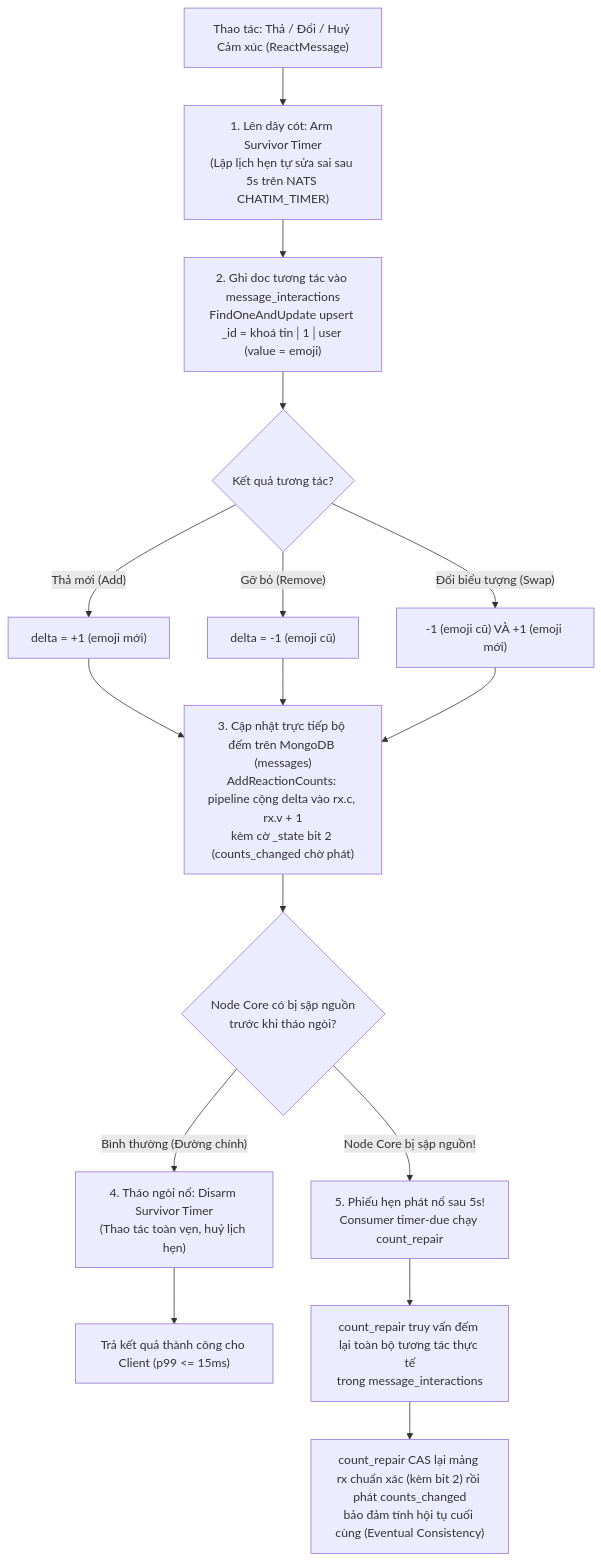
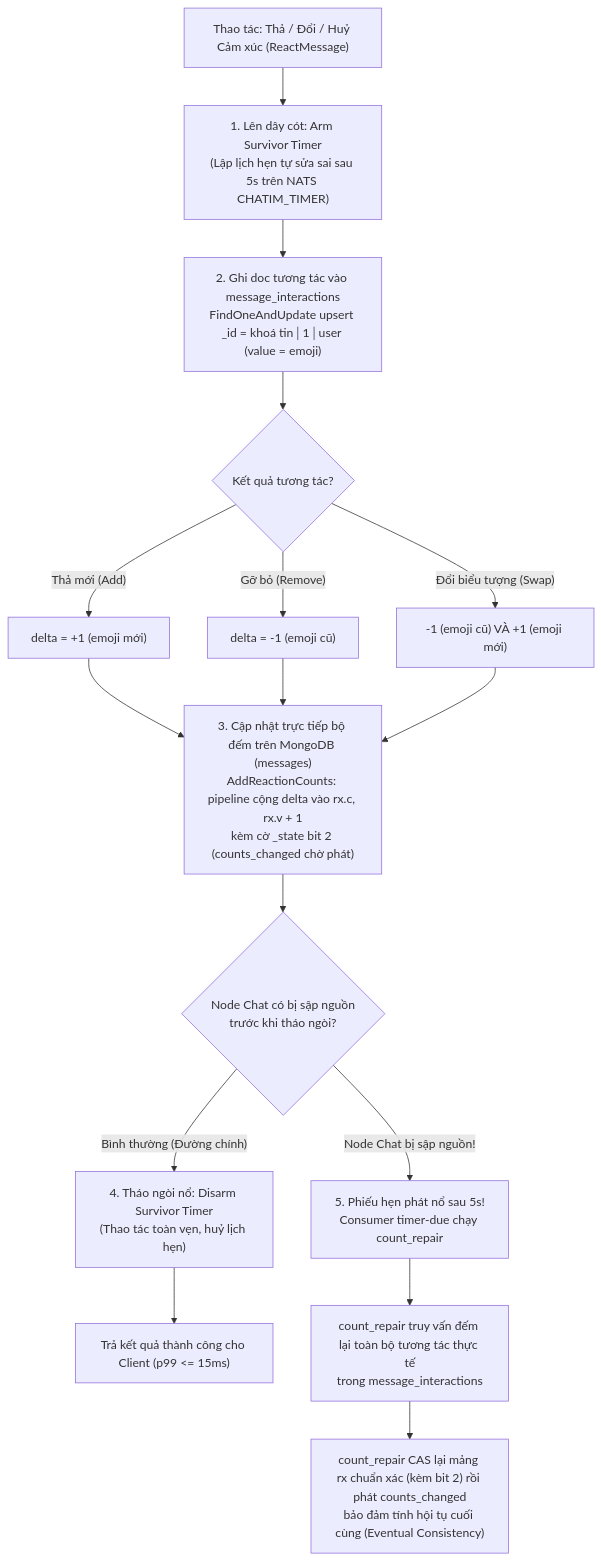
The first of 3 diagrams in docs/modules/04-feature-reactions-pins-and-bookmarks.md (ivannguyendev/chatim), drawn with Mermaid before and after one commit. The commit also changed other lines of this file and 332 other files, not shown here.

````diff
--- a/docs/modules/04-feature-reactions-pins-and-bookmarks.md
+++ b/docs/modules/04-feature-reactions-pins-and-bookmarks.md
@@ -25,24 +25,24 @@
 ```mermaid
 flowchart TD
     Req["Thao tác: Thả / Đổi / Huỷ Cảm xúc (ReactMessage)"] --> ArmTimer["1. Lên dây cót: Arm Survivor Timer<br/>(Lập lịch hẹn tự sửa sai sau 5s trên NATS CHATIM_TIMER)"]
 
     ArmTimer --> UpsertInter["2. Ghi doc tương tác vào message_interactions<br/>FindOneAndUpdate upsert _id = khoá tin│1│user (value = emoji)"]
     UpsertInter --> CalcDelta{"Kết quả tương tác?"}
 
     CalcDelta -- "Thả mới (Add)" --> Inc["delta = +1 (emoji mới)"]
     CalcDelta -- "Gỡ bỏ (Remove)" --> Dec["delta = -1 (emoji cũ)"]
     CalcDelta -- "Đổi biểu tượng (Swap)" --> Swap["-1 (emoji cũ) VÀ +1 (emoji mới)"]
 
     Inc --> UpdateMsg["3. Cập nhật trực tiếp bộ đếm trên MongoDB (messages)<br/>AddReactionCounts: pipeline cộng delta vào rx.c, rx.v + 1<br/>kèm cờ _state bit 2 (counts_changed chờ phát)"]
     Dec --> UpdateMsg
     Swap --> UpdateMsg
 
-    UpdateMsg --> CheckCrash{"Node Core có bị sập nguồn<br/>trước khi tháo ngòi?"}
+    UpdateMsg --> CheckCrash{"Node Chat có bị sập nguồn<br/>trước khi tháo ngòi?"}
 
     CheckCrash -- "Bình thường (Đường chính)" --> Disarm["4. Tháo ngòi nổ: Disarm Survivor Timer<br/>(Thao tác toàn vẹn, huỷ lịch hẹn)"]
     Disarm --> ReturnSuccess["Trả kết quả thành công cho Client (p99 <= 15ms)"]
 
-    CheckCrash -- "Node Core bị sập nguồn!" --> TimerFires["5. Phiếu hẹn phát nổ sau 5s!<br/>Consumer timer-due chạy count_repair"]
+    CheckCrash -- "Node Chat bị sập nguồn!" --> TimerFires["5. Phiếu hẹn phát nổ sau 5s!<br/>Consumer timer-due chạy count_repair"]
     TimerFires --> Recount["count_repair truy vấn đếm lại toàn bộ tương tác thực tế<br/>trong message_interactions"]
     Recount --> CASFix["count_repair CAS lại mảng rx chuẩn xác (kèm bit 2) rồi phát counts_changed<br/>bảo đảm tính hội tụ cuối cùng (Eventual Consistency)"]
 ```
````
